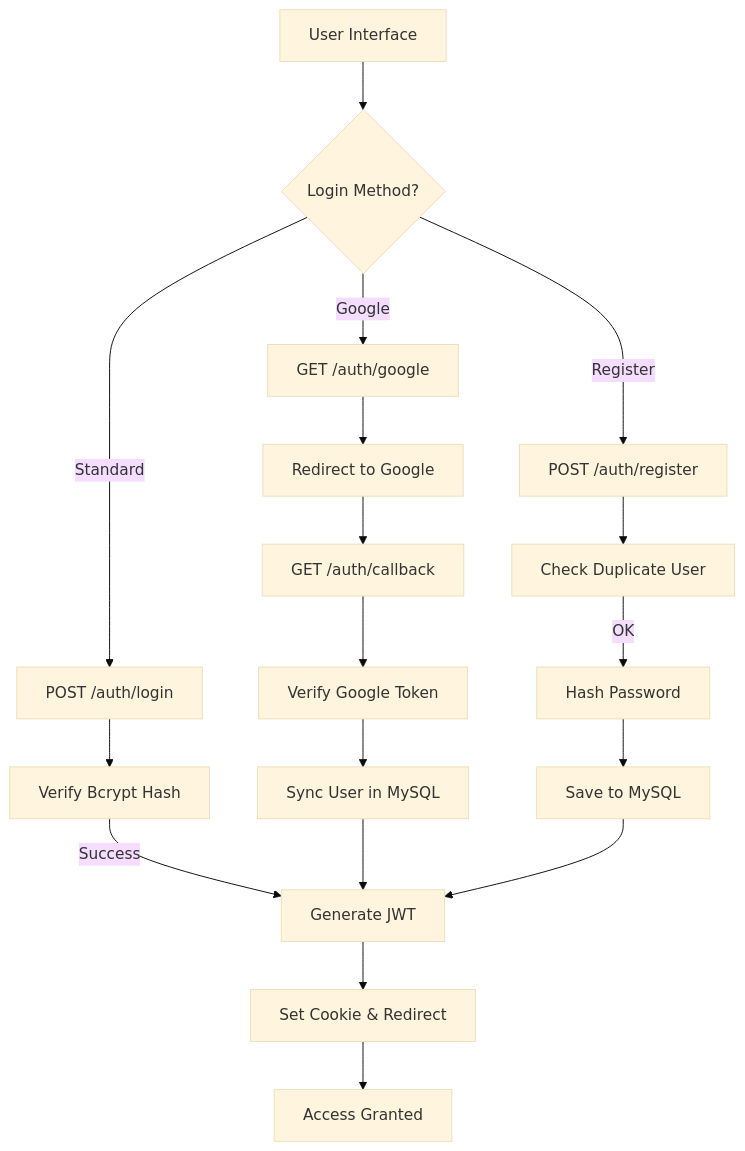
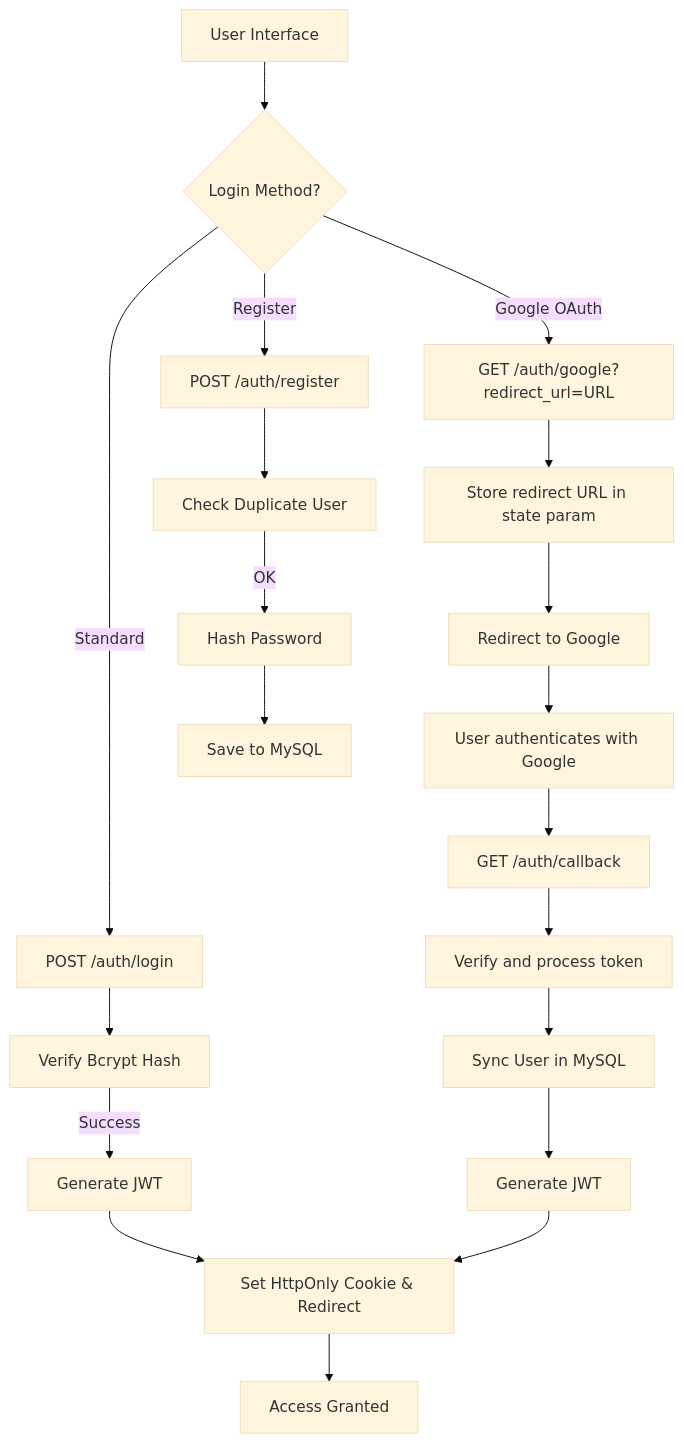
One commit to mansa-team/server changed the diagram in docs/authentication.md. Above: the diagram before and after it, drawn with Mermaid (base theme). The commit also changed other lines of this file, not shown here.

````diff
--- a/docs/authentication.md
+++ b/docs/authentication.md
@@ -108,24 +124,27 @@
 ```mermaid
 graph TD
     User["User Interface"] --> Start{Login Method?}
     
     Start -- Standard --> Login["POST /auth/login"]
     Login --> Verify["Verify Bcrypt Hash"]
     Verify -- Success --> JWT["Generate JWT"]
     
-    Start -- Google --> GLogin["GET /auth/google"]
-    GLogin --> GRedirect["Redirect to Google"]
-    GRedirect --> GCallback["GET /auth/callback"]
-    GCallback --> GVerify["Verify Google Token"]
+    Start -- Google OAuth --> GLogin["GET /auth/google?redirect_url=URL"]
+    GLogin --> State["Store redirect URL in state param"]
+    State --> GRedirect["Redirect to Google"]
+    GRedirect --> GAuth["User authenticates with Google"]
+    GAuth --> GCallback["GET /auth/callback"]
+    GCallback --> GVerify["Verify and process token"]
     GVerify --> GSync["Sync User in MySQL"]
-    GSync --> JWT
+    GSync --> OAuthJWT["Generate JWT"]
     
     Start -- Register --> Reg["POST /auth/register"]
     Reg --> Valid["Check Duplicate User"]
     Valid -- OK --> Hash["Hash Password"]
     Hash --> Save["Save to MySQL"]
-    Save --> JWT
+
+    JWT --> Cookie["Set HttpOnly Cookie & Redirect"]
+    OAuthJWT --> Cookie
     
-    JWT --> Cookie["Set Cookie & Redirect"]
     Cookie --> Home["Access Granted"]
 ```
````
